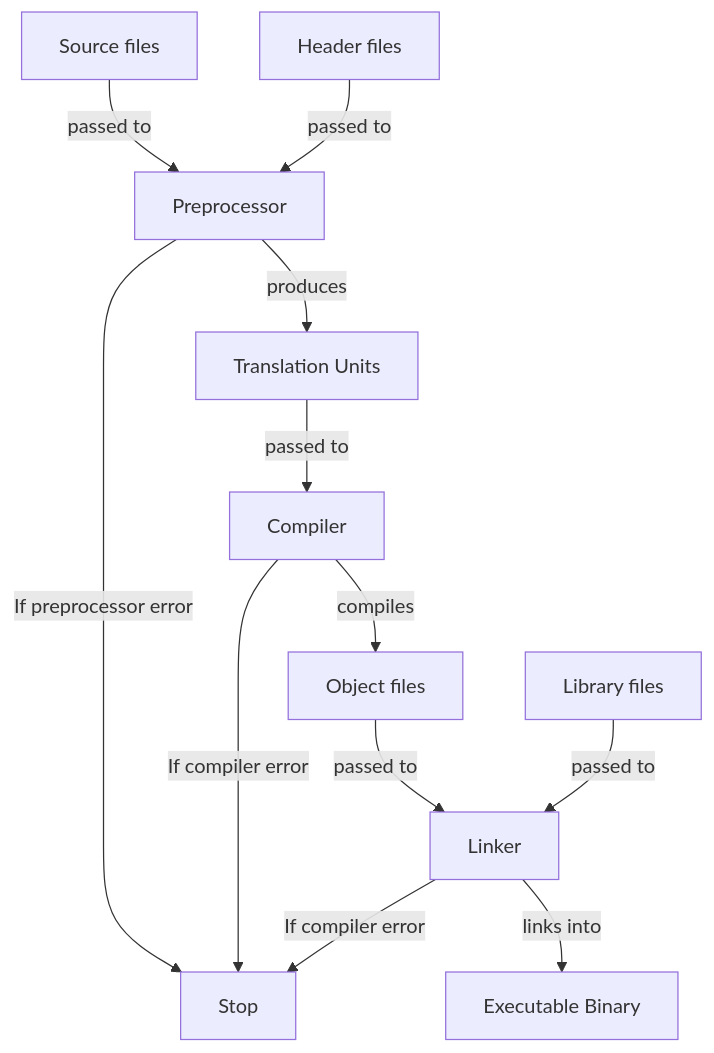
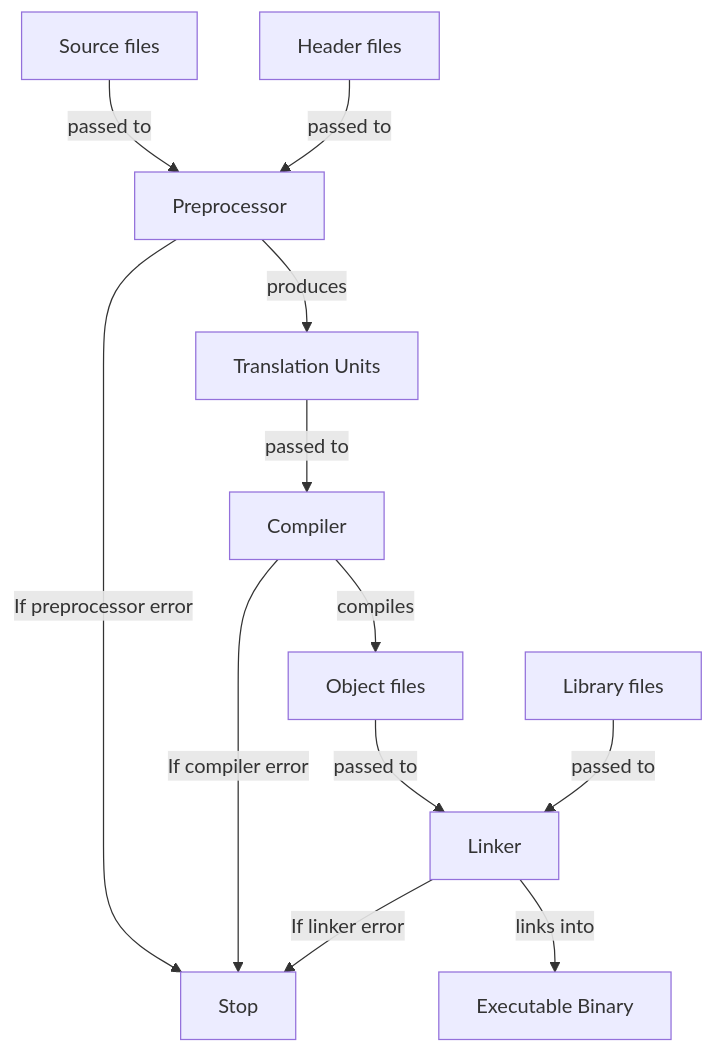
Before and after one commit to keblisch/keblisch.github.io: the diagram in _languages/cpp.md, drawn with Mermaid. The commit also changed other lines of this file, not shown here.

````diff
--- a/_languages/cpp.md
+++ b/_languages/cpp.md
@@ -125,14 +125,14 @@
 ```mermaid
 graph TD
     source_files[Source files] --> |passed to| preprocessor[Preprocessor];
     header_files[Header files] --> |passed to| preprocessor;
     preprocessor --> |If preprocessor error| stop[Stop];
     preprocessor --> |produces| translation_units[Translation Units];
     translation_units -->  |passed to| compiler[Compiler];
     compiler --> |If compiler error| stop;
     compiler --> |compiles| object_files[Object files];
     object_files --> |passed to| linker[Linker];
     library_files[Library files] --> |passed to| linker;
     linker --> |links into| executable_binary[Executable Binary];
-    linker --> |If compiler error| stop;
+    linker --> |If linker error| stop;
 ```
````
